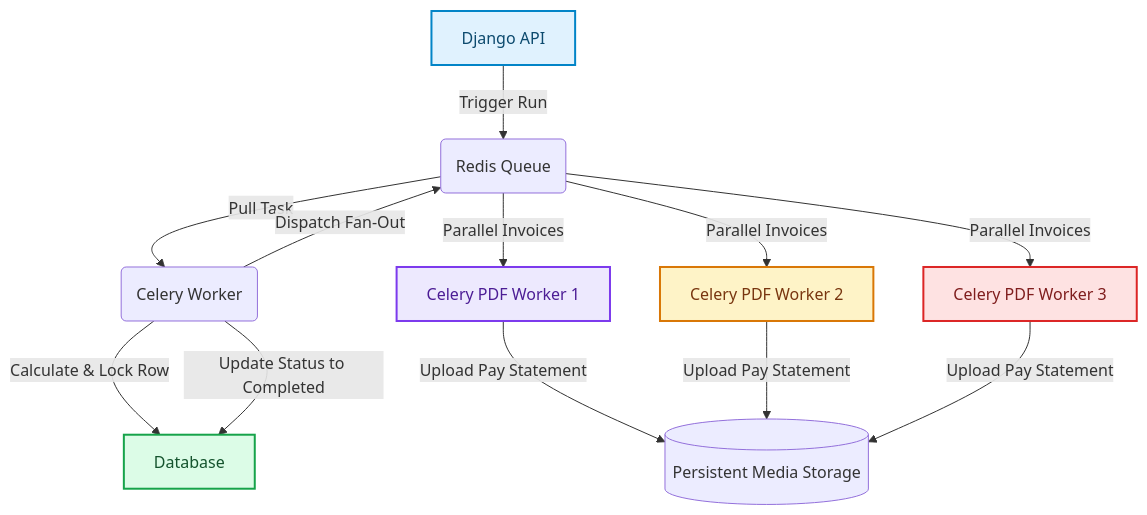
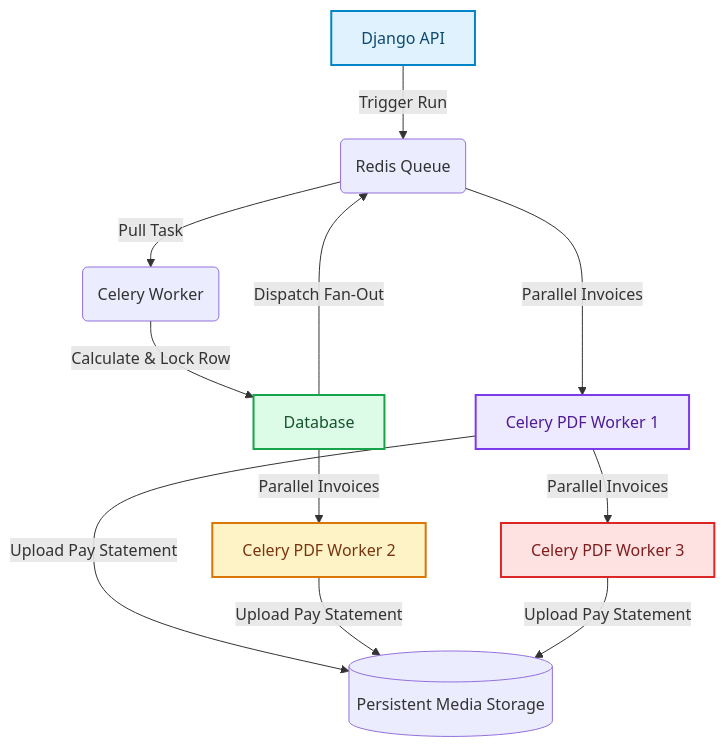
The diagram in blog/posts/django-async-payroll-engine.md (akmalkhaniub/akmalkhaniub.github.io), drawn with Mermaid before and after one commit. The commit also changed other lines of this file and 894 other files, not shown here.

Commit message:
feat(blog): upgrade all 444 posts with unique staggered dates, 2-col Mermaid spines, benchmark tables, code blocks, and trade-offs

````diff
--- a/blog/posts/django-async-payroll-engine.md
+++ b/blog/posts/django-async-payroll-engine.md
@@ -30,25 +30,24 @@
 ```mermaid
 flowchart TD
     A["Django API"] -->|Trigger Run| B(Redis Queue)
     B -->|Pull Task| C(Celery Worker)
     C -->|Calculate & Lock Row| D["Database"]
-    C -->|Update Status to Completed| D
-    C -->|Dispatch Fan-Out| B
+    D --> |Dispatch Fan-Out| B
     B -->|Parallel Invoices| E["Celery PDF Worker 1"]
-    B -->|Parallel Invoices| F["Celery PDF Worker 2"]
-    B -->|Parallel Invoices| G["Celery PDF Worker 3"]
+    D --> |Parallel Invoices| F["Celery PDF Worker 2"]
+    E --> |Parallel Invoices| G["Celery PDF Worker 3"]
     E -->|Upload Pay Statement| H[(Persistent Media Storage)]
     F -->|Upload Pay Statement| H
     G -->|Upload Pay Statement| H
 
 classDef green fill:#dcfce7,stroke:#16a34a,stroke-width:2px,color:#14532d;
 classDef red fill:#fee2e2,stroke:#dc2626,stroke-width:2px,color:#7f1d1d;
 classDef blue fill:#e0f2fe,stroke:#0284c7,stroke-width:2px,color:#0c4a6e;
 classDef yellow fill:#fef3c7,stroke:#d97706,stroke-width:2px,color:#78350f;
 classDef purple fill:#ede9fe,stroke:#7c3aed,stroke-width:2px,color:#4c1d95;
 class A blue
 class D green
 class E purple
 class F yellow
 class G red
 ```
````
